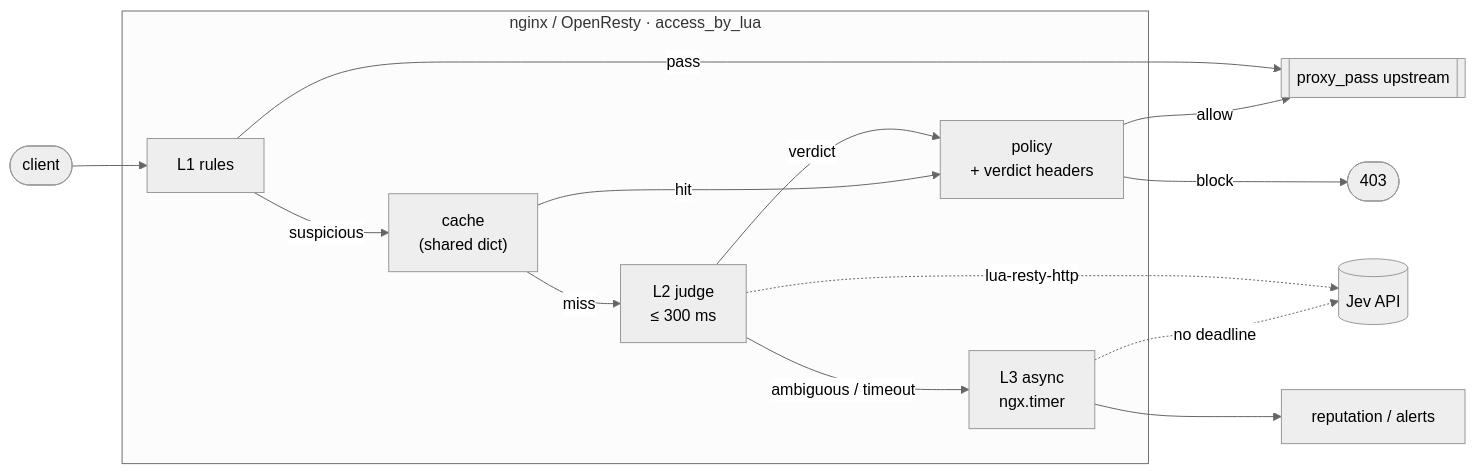
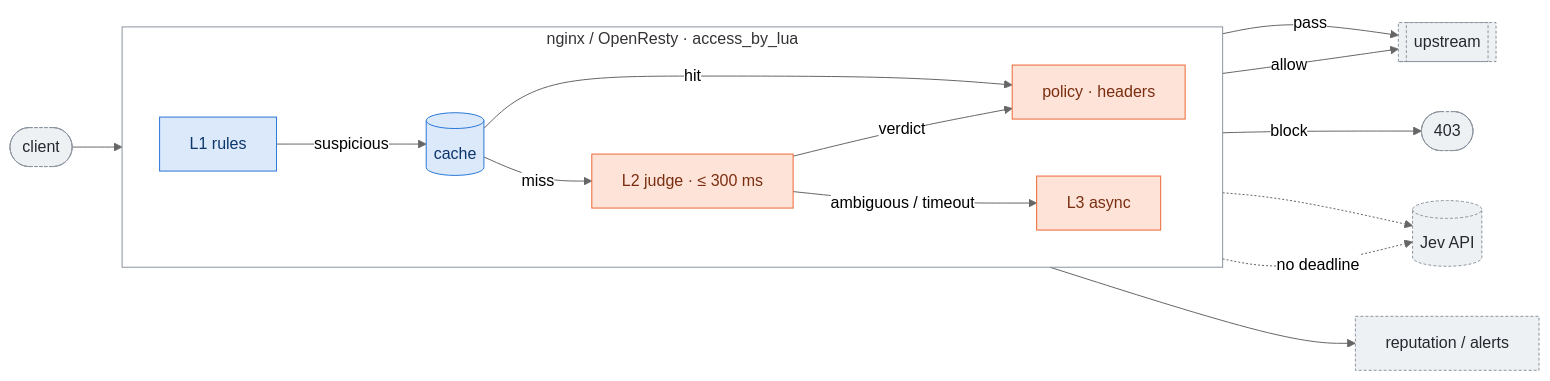
The diagram in README.md (kiwi0719/jev-edge), drawn with Mermaid (neutral theme) before and after one commit. The commit also changed 5 other files, not shown here.

````diff
--- a/README.md
+++ b/README.md
@@ -154,17 +154,26 @@
 ```mermaid
 flowchart LR
     client([client]) --> L1
-    subgraph nginx["nginx / OpenResty · access_by_lua"]
-        L1["L1 rules"] -- suspicious --> cache["cache<br/>(shared dict)"]
-        cache -- miss --> L2["L2 judge<br/>≤ 300 ms"]
-        L2 -- verdict --> policy["policy<br/>+ verdict headers"]
-        cache -- hit --> policy
-        L2 -- ambiguous / timeout --> L3["L3 async<br/>ngx.timer"]
+    subgraph edge [nginx / OpenResty · access_by_lua]
+        direction LR
+        L1[L1 rules] -->|suspicious| cache[(cache)]
+        cache -->|miss| L2[L2 judge · ≤ 300 ms]
+        cache -->|hit| policy
+        L2 -->|verdict| policy[policy · headers]
+        L2 -->|ambiguous / timeout| L3[L3 async]
     end
-    L1 -- pass --> upstream[["proxy_pass upstream"]]
-    policy -- allow --> upstream
-    policy -- block --> deny([403])
-    L2 -. lua-resty-http .-> jev[("Jev API")]
-    L3 -. no deadline .-> jev
-    L3 --> rep["reputation / alerts"]
+    L1 -->|pass| up[[upstream]]
+    policy -->|allow| up
+    policy -->|block| deny([403])
+    L2 -.-> jev[(Jev API)]
+    L3 -.->|no deadline| jev
+    L3 --> rep[reputation / alerts]
+
+    classDef cheap fill:#dbe9fa,stroke:#2a78d6,color:#0d366b
+    classDef judge fill:#fde3d8,stroke:#eb6834,color:#7a2e10
+    classDef ext fill:#eef1f4,stroke:#8b949e,color:#24292f,stroke-dasharray:3 2
+    class L1,cache cheap
+    class L2,L3,policy judge
+    class client,up,deny,jev,rep ext
+    style edge fill:transparent,stroke:#8b949e
 ```
````
